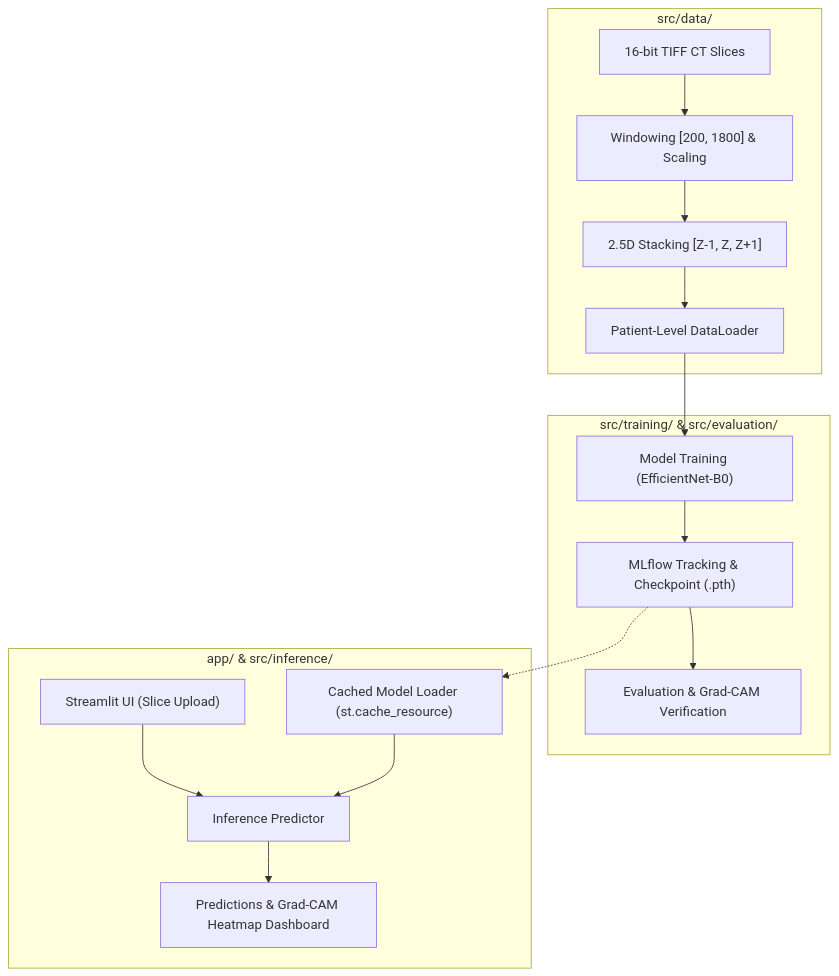
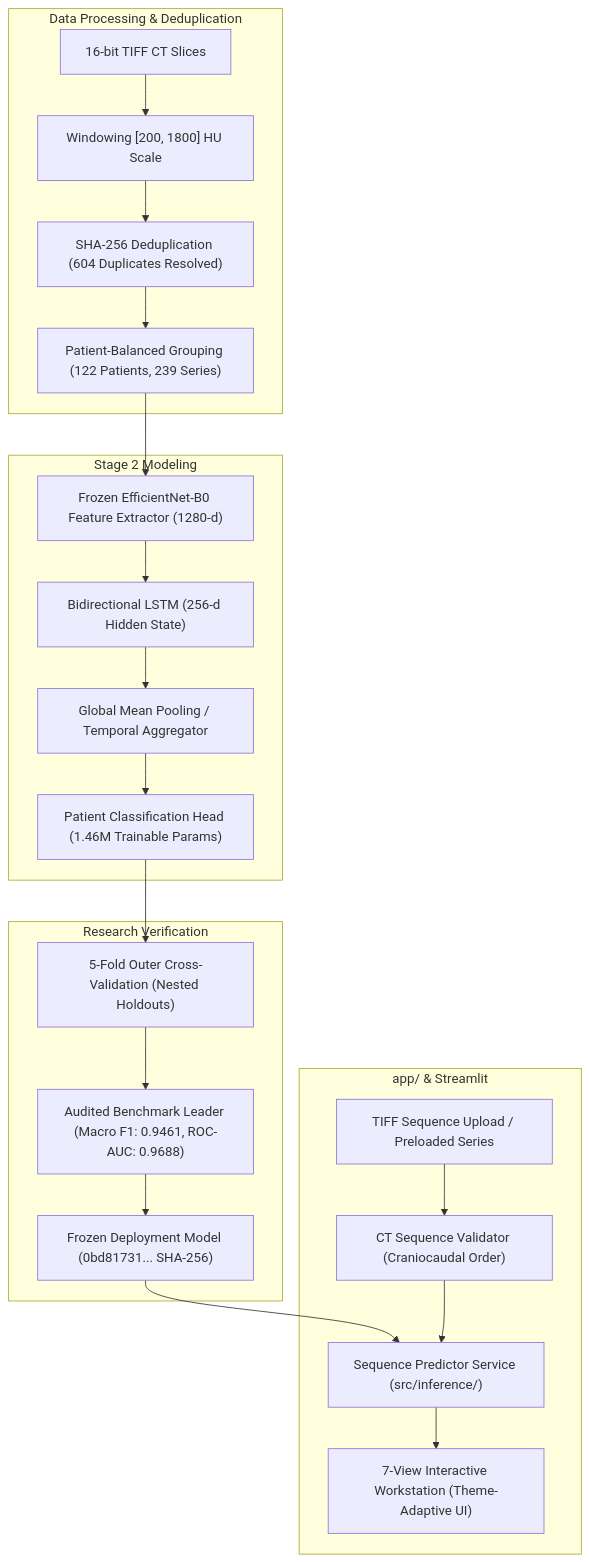
Before and after one commit to geetikavasistha-01/PulmoVision: the diagram in README.md, drawn with Mermaid. The commit also changed other lines of this file and 4 other files, not shown here.

Commit message:
docs: finalize Stage 2 release documentation, architecture diagrams, and demonstration script

````diff
--- a/README.md
+++ b/README.md
@@ -37,21 +27,28 @@
 ```mermaid
 flowchart TD
-    subgraph Data Pipeline [src/data/]
-        A["16-bit TIFF CT Slices"] --> B["Windowing [200, 1800] & Scaling"]
-        B --> C["2.5D Stacking [Z-1, Z, Z+1]"]
-        C --> D["Patient-Level DataLoader"]
+    subgraph Data Pipeline [Data Processing & Deduplication]
+        A["16-bit TIFF CT Slices"] --> B["Windowing [200, 1800] HU Scale"]
+        B --> C["SHA-256 Deduplication (604 Duplicates Resolved)"]
+        C --> D["Patient-Balanced Grouping (122 Patients, 239 Series)"]
     end
 
-    subgraph Training & Evaluation [src/training/ & src/evaluation/]
-        D --> E["Model Training (EfficientNet-B0)"]
-        E --> F["MLflow Tracking & Checkpoint (.pth)"]
-        F --> G["Evaluation & Grad-CAM Verification"]
+    subgraph Deep Sequence Architecture [Stage 2 Modeling]
+        D --> E["Frozen EfficientNet-B0 Feature Extractor (1280-d)"]
+        E --> F["Bidirectional LSTM (256-d Hidden State)"]
+        F --> G["Global Mean Pooling / Temporal Aggregator"]
+        G --> H["Patient Classification Head (1.46M Trainable Params)"]
     end
 
-    subgraph Inference & Application [app/ & src/inference/]
-        F -.-> H["Cached Model Loader (st.cache_resource)"]
-        I["Streamlit UI (Slice Upload)"] --> J["Inference Predictor"]
-        H --> J
-        J --> K["Predictions & Grad-CAM Heatmap Dashboard"]
+    subgraph Evaluation & Auditing [Research Verification]
+        H --> I["5-Fold Outer Cross-Validation (Nested Holdouts)"]
+        I --> J["Audited Benchmark Leader (Macro F1: 0.9461, ROC-AUC: 0.9688)"]
+        J --> K["Frozen Deployment Model (0bd81731... SHA-256)"]
+    end
+
+    subgraph Clinical Research Workstation [app/ & Streamlit]
+        K --> L["Sequence Predictor Service (src/inference/)"]
+        M["TIFF Sequence Upload / Preloaded Series"] --> N["CT Sequence Validator (Craniocaudal Order)"]
+        N --> L
+        L --> O["7-View Interactive Workstation (Theme-Adaptive UI)"]
     end
 ```
````
